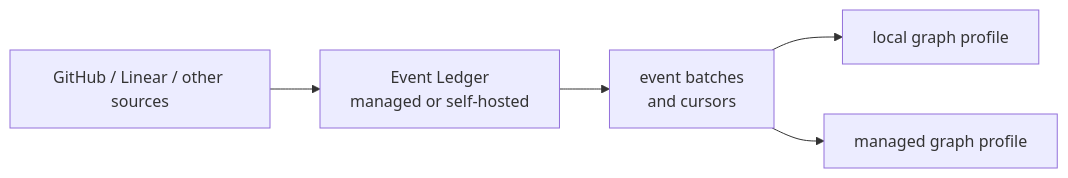
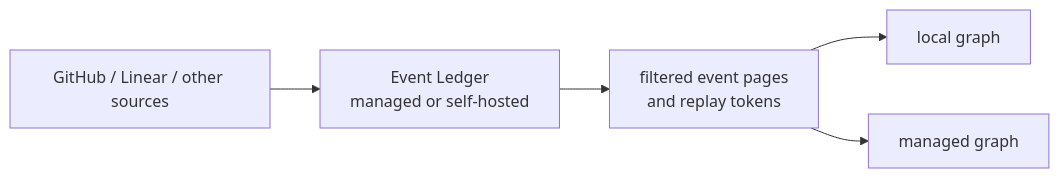
Before and after one commit to potpie-ai/potpie: the third of 12 diagrams in docs/context-graph/architecture.md, drawn with Mermaid. The commit also changed other lines of this file and 138 other files, not shown here.

````diff
--- a/docs/context-graph/architecture.md
+++ b/docs/context-graph/architecture.md
@@ -80,12 +81,12 @@
 ```mermaid
 flowchart LR
   cg_sources["GitHub / Linear / other sources"]
   cg_ledger["Event Ledger<br/>managed or self-hosted"]
-  cg_event_batches["event batches<br/>and cursors"]
-  cg_local_graph["local graph profile"]
-  cg_managed_graph["managed graph profile"]
+  cg_event_batches["filtered event pages<br/>and replay tokens"]
+  cg_local_graph["local graph"]
+  cg_managed_graph["managed graph"]
 
   cg_sources --> cg_ledger --> cg_event_batches
   cg_event_batches --> cg_local_graph
   cg_event_batches --> cg_managed_graph
 ```
````
